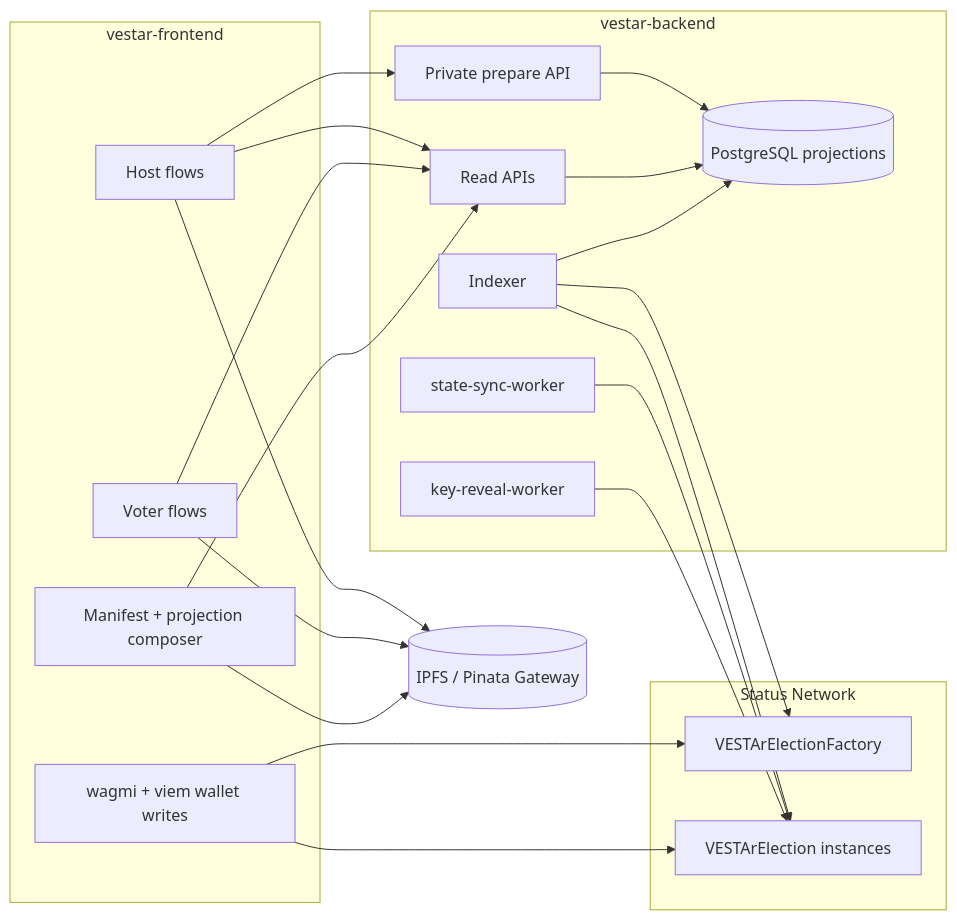
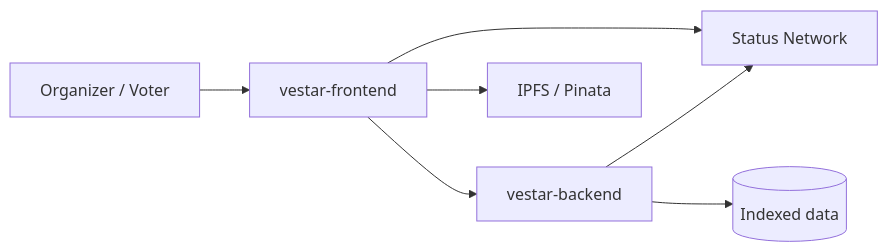
The diagram in README.md (VESTAr-BAY/vestar-frontend), drawn with Mermaid before and after one commit. The commit also changed other lines of this file and 17 other files, not shown here.

````diff
--- a/README.md
+++ b/README.md
@@ -57,44 +65,9 @@
 ```mermaid
 flowchart LR
-  subgraph Browser[vestar-frontend]
-    Host[Host flows]
-    Voter[Voter flows]
-    Wallet[wagmi + viem wallet writes]
-    Compose[Manifest + projection composer]
-  end
-
-  subgraph Backend[vestar-backend]
-    Prepare[Private prepare API]
-    ReadApi[Read APIs]
-    Indexer[Indexer]
-    DB[(PostgreSQL projections)]
-    Sync[state-sync-worker]
-    Reveal[key-reveal-worker]
-  end
-
-  subgraph Chain[Status Network]
-    Factory[VESTArElectionFactory]
-    Election[VESTArElection instances]
-  end
-
-  IPFS[(IPFS / Pinata Gateway)]
-
-  Host --> Prepare
-  Host --> ReadApi
-  Voter --> ReadApi
-  Host --> IPFS
-  Voter --> IPFS
-  Compose --> ReadApi
-  Compose --> IPFS
-
-  Wallet --> Factory
-  Wallet --> Election
-
-  Prepare --> DB
-  ReadApi --> DB
-  Indexer --> Factory
-  Indexer --> Election
-  Indexer --> DB
-  Sync --> Election
-  Reveal --> Election
+  User[Organizer / Voter] --> FE[vestar-frontend]
+  FE --> Chain[Status Network]
+  FE --> Backend[vestar-backend]
+  FE --> IPFS[IPFS / Pinata]
+  Backend --> DB[(Indexed data)]
+  Backend --> Chain
 ```
````
